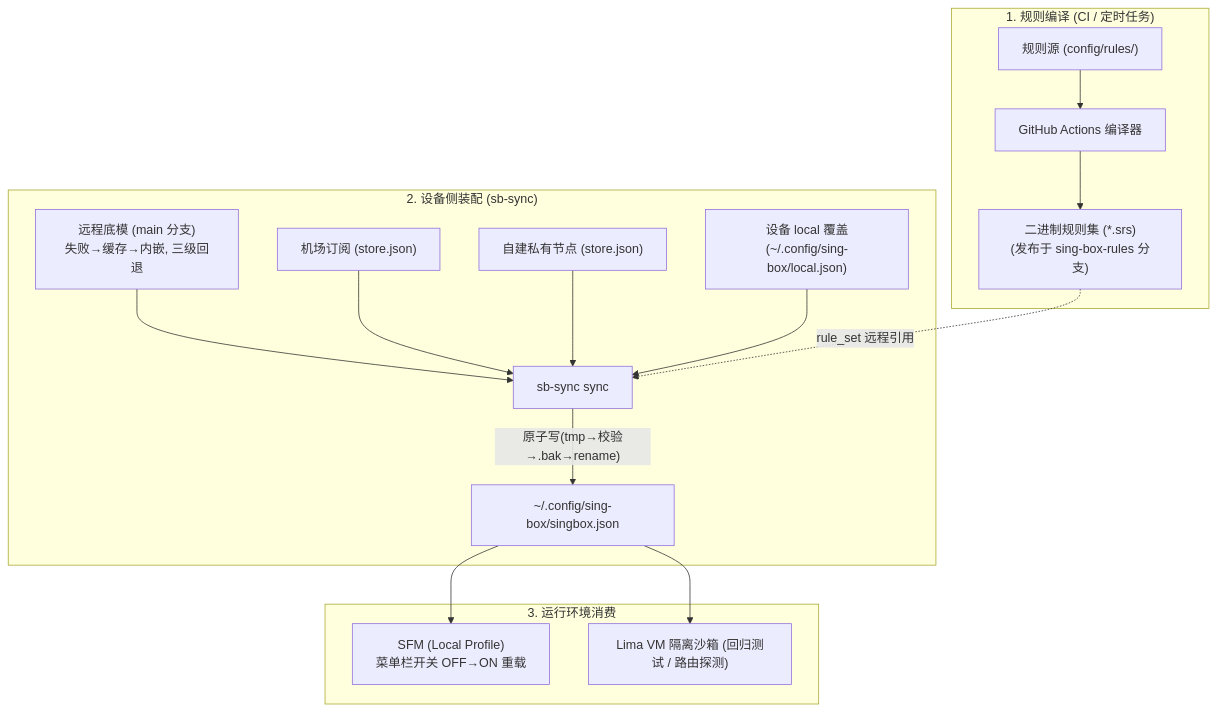
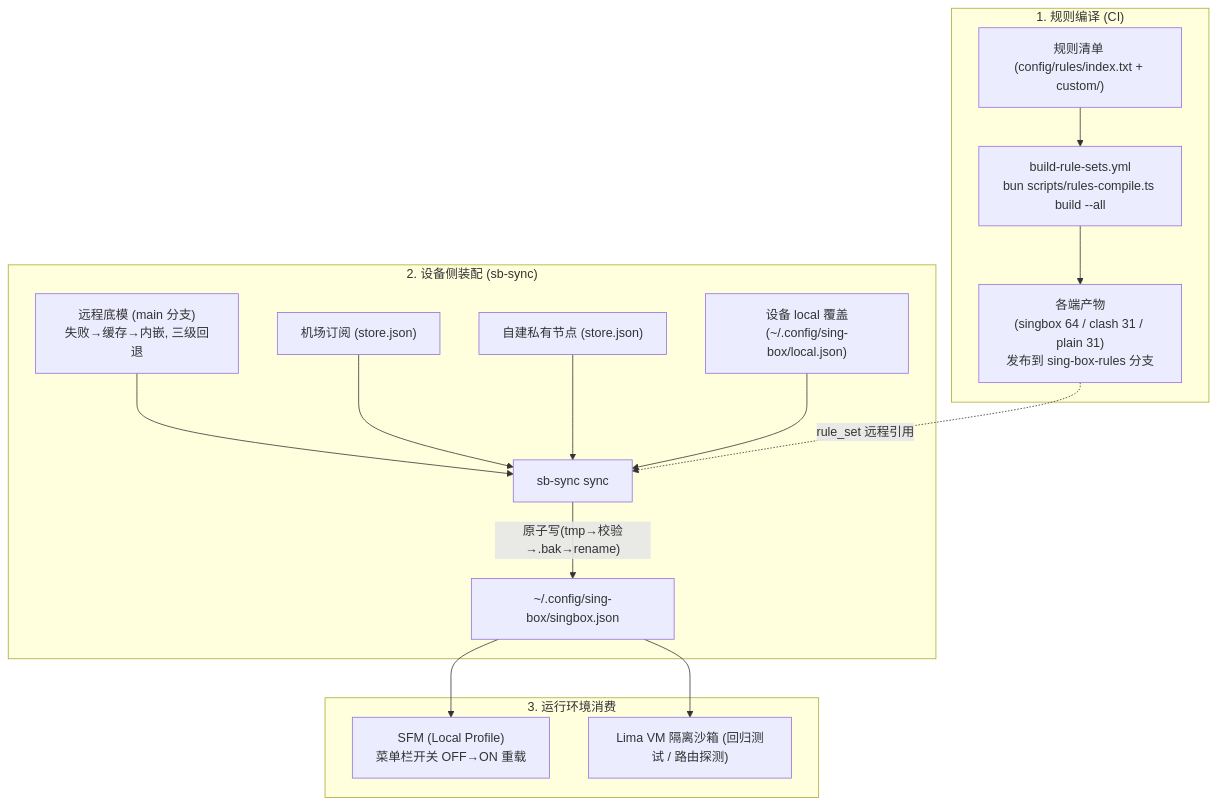
One commit to shelken/proxy changed the first of 3 diagrams in docs/ARCH.md. Above: the diagram before and after it, drawn with Mermaid. The commit also changed other lines of this file and 7 other files, not shown here.

````diff
--- a/docs/ARCH.md
+++ b/docs/ARCH.md
@@ -19,21 +19,21 @@
 ```mermaid
 flowchart TD
-    subgraph S1 ["1. 规则编译 (CI / 定时任务)"]
-        R_SRC["规则源 (config/rules/)"] --> GHA["GitHub Actions 编译器"]
-        GHA --> R_BIN["二进制规则集 (*.srs)\n(发布于 sing-box-rules 分支)"]
+    subgraph S1 ["1. 规则编译 (CI)"]
+        R_SRC["规则清单 (config/rules/index.txt + custom/)"] --> GHA["build-rule-sets.yml\nbun scripts/rules-compile.ts build --all"]
+        GHA --> R_BIN["各端产物\n(singbox 64 / clash 31 / plain 31)\n发布到 sing-box-rules 分支"]
     end
 
     subgraph S2 ["2. 设备侧装配 (sb-sync)"]
         TPL_R["远程底模 (main 分支)\n失败→缓存→内嵌, 三级回退"] --> ASM["sb-sync sync"]
         SUB["机场订阅 (store.json)"] --> ASM
         NODE["自建私有节点 (store.json)"] --> ASM
         LOCAL["设备 local 覆盖\n(~/.config/sing-box/local.json)"] --> ASM
         R_BIN -.->|rule_set 远程引用| ASM
         ASM -->|"原子写(tmp→校验→.bak→rename)"| CFG["~/.config/sing-box/singbox.json"]
     end
 
     subgraph S3 ["3. 运行环境消费"]
         CFG --> SFM["SFM (Local Profile)\n菜单栏开关 OFF→ON 重载"]
         CFG --> SANDBOX["Lima VM 隔离沙箱 (回归测试 / 路由探测)"]
     end
 ```
````
